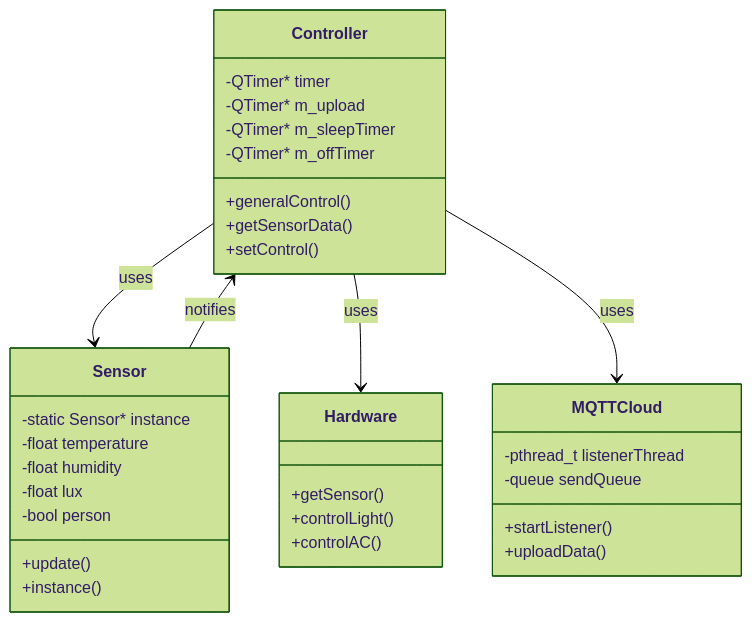
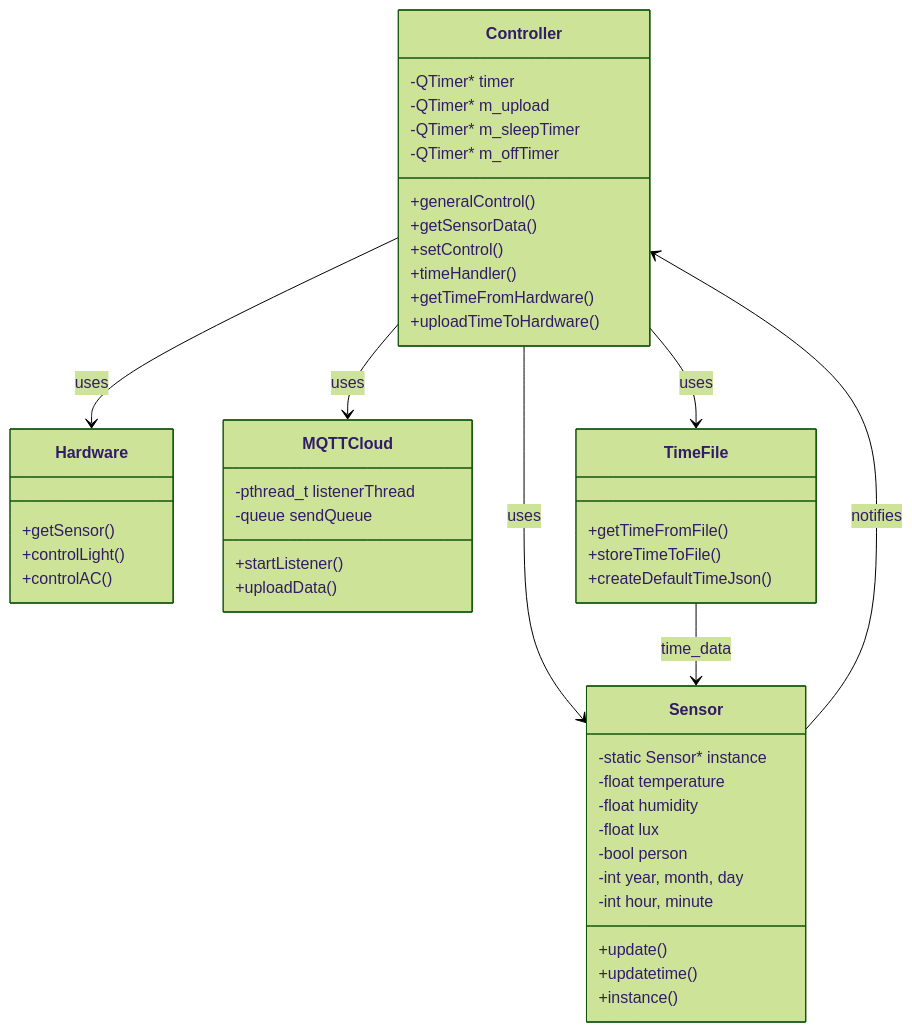
One commit to ZZCisZZC/Intelligent_classroom changed the fourth of 6 diagrams in README.md. Above: the diagram before and after it, drawn with Mermaid (forest theme). The commit also changed other lines of this file, not shown here.

````diff
--- a/README.md
+++ b/README.md
@@ -303,36 +303,49 @@
 ```mermaid
 classDiagram
     class Controller {
         -QTimer* timer
         -QTimer* m_upload
         -QTimer* m_sleepTimer
         -QTimer* m_offTimer
         +generalControl()
         +getSensorData()
         +setControl()
+        +timeHandler()
+        +getTimeFromHardware()
+        +uploadTimeToHardware()
     }
     class Sensor {
         -static Sensor* instance
         -float temperature
         -float humidity
         -float lux
         -bool person
+        -int year, month, day
+        -int hour, minute
         +update()
+        +updatetime()
         +instance()
     }
     class Hardware {
         +getSensor()
         +controlLight()
         +controlAC()
     }
     class MQTTCloud {
         -pthread_t listenerThread
         -queue<string> sendQueue
         +startListener()
         +uploadData()
     }
+    class TimeFile {
+        +getTimeFromFile()
+        +storeTimeToFile()
+        +createDefaultTimeJson()
+    }
     Controller --> Sensor : uses
     Controller --> Hardware : uses
     Controller --> MQTTCloud : uses
+    Controller --> TimeFile : uses
     Sensor --> Controller : notifies
+    TimeFile --> Sensor : time_data
 ```
````
